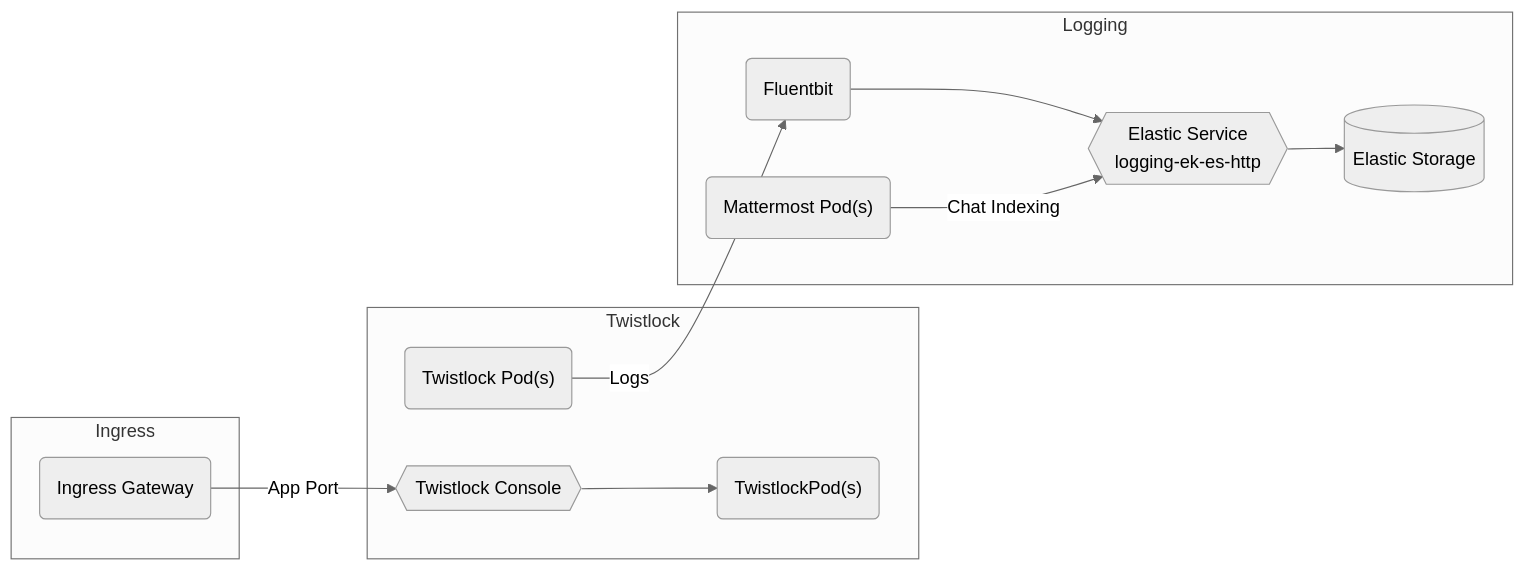
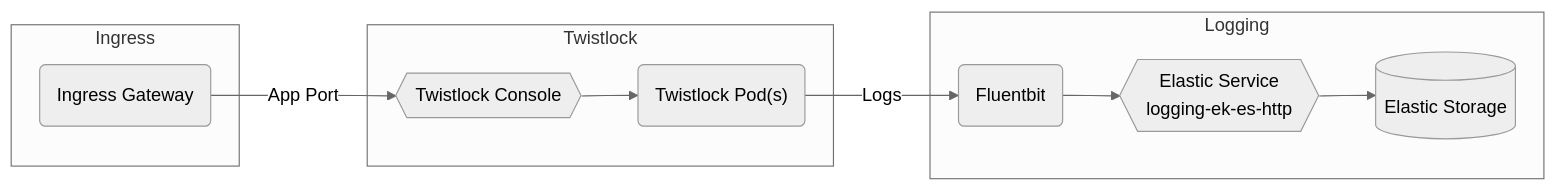
Before and after one commit to rjferguson21/big-bang: the diagram in charter/packages/twistlock/Architecture.md, drawn with Mermaid (neutral theme).

Commit message:
document eck architecture

````diff
--- a/charter/packages/twistlock/Architecture.md
+++ b/charter/packages/twistlock/Architecture.md
@@ -13,16 +13,15 @@
 ```mermaid
 graph LR
   subgraph "Twistlock"
     twistlockpods("Twistlock Pod(s)")
-    twistlockservice{{Twistlock Console}} --> twistlockdefenderpods("TwistlockPod(s)")
+    twistlockservice{{Twistlock Console}} --> twistlockpods("TwistlockPod(s)")
   end   
   subgraph "Ingress"
     ig(Ingress Gateway) --"App Port"--> twistlockservice
   end  
   subgraph "Logging"
     twistlockpods("Twistlock Pod(s)") --"Logs"--> fluent(Fluentbit) --> logging-ek-es-http
     logging-ek-es-http{{Elastic Service<br />logging-ek-es-http}} --> elastic[(Elastic Storage)]
-    mattermostpods("Mattermost Pod(s)") --"Chat Indexing"--> logging-ek-es-http
   end
 
 ```
````
